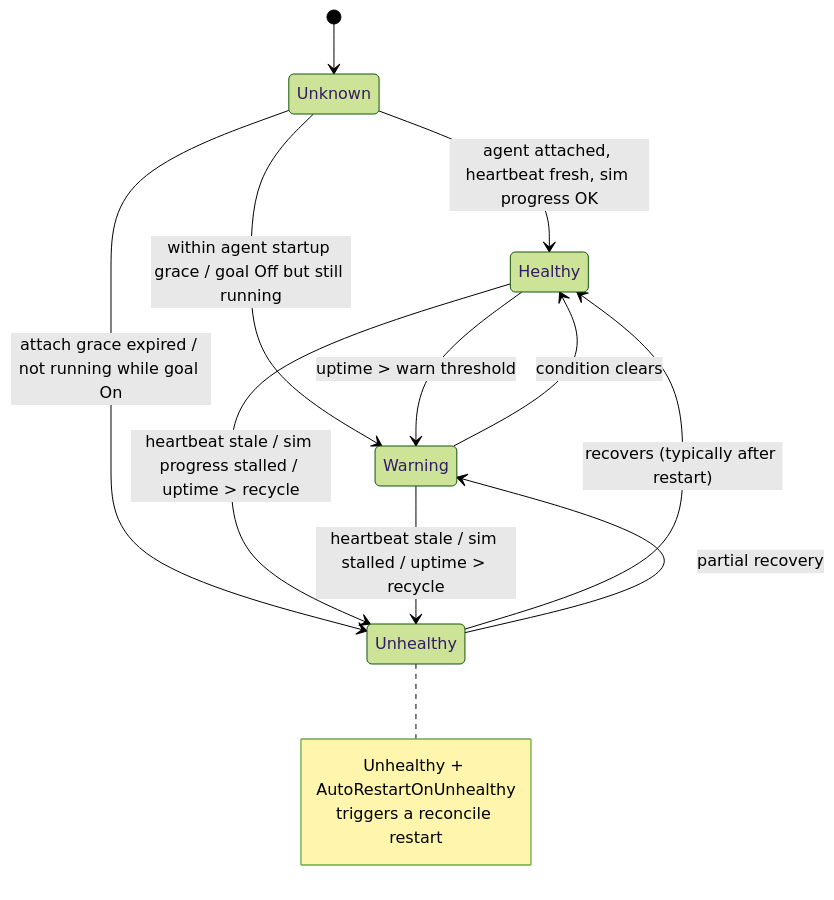
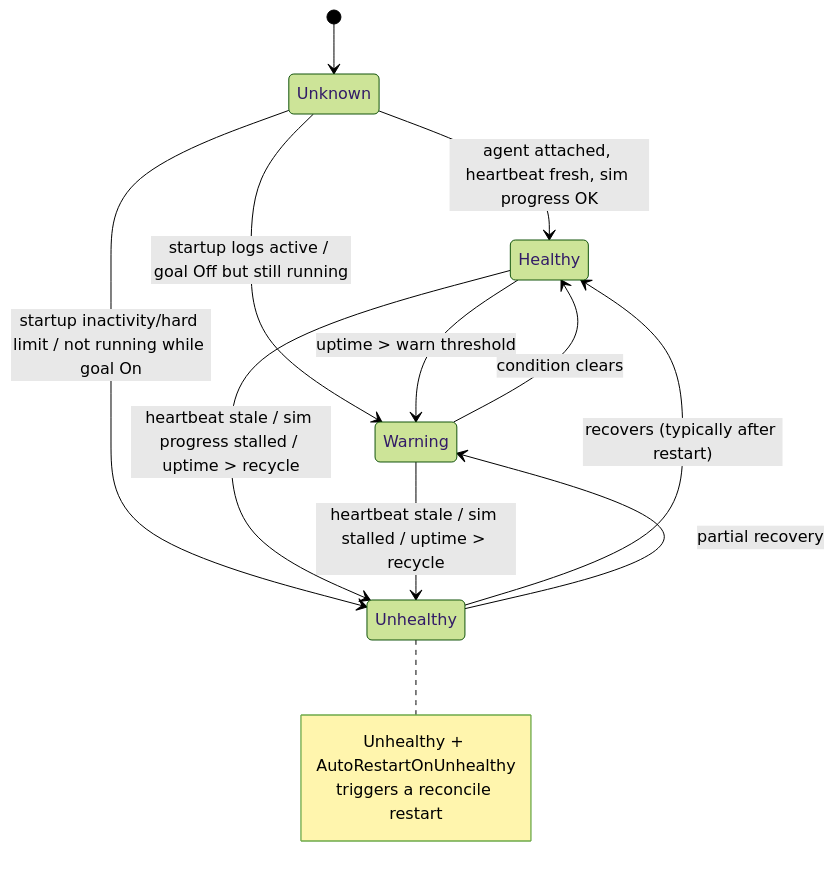
The diagram in Docs/StateMachines/diagrams/ds-health-state.mmd (CometWorks/quasar), drawn with Mermaid (forest theme) before and after one commit. The commit also changed 13 other files, not shown here.

First line of the commit message:
feat(health): add activity-aware agent startup timeouts (#157)

```diff
--- a/Docs/StateMachines/diagrams/ds-health-state.mmd
+++ b/Docs/StateMachines/diagrams/ds-health-state.mmd
@@ -1,15 +1,15 @@
 stateDiagram-v2
     [*] --> Unknown
     Unknown --> Healthy: agent attached, heartbeat fresh, sim progress OK
-    Unknown --> Warning: within agent startup grace / goal Off but still running
-    Unknown --> Unhealthy: attach grace expired / not running while goal On
+    Unknown --> Warning: startup logs active / goal Off but still running
+    Unknown --> Unhealthy: startup inactivity/hard limit / not running while goal On
     Healthy --> Warning: uptime > warn threshold
     Healthy --> Unhealthy: heartbeat stale / sim progress stalled / uptime > recycle
     Warning --> Healthy: condition clears
     Warning --> Unhealthy: heartbeat stale / sim stalled / uptime > recycle
     Unhealthy --> Healthy: recovers (typically after restart)
     Unhealthy --> Warning: partial recovery
     note right of Unhealthy
         Unhealthy + AutoRestartOnUnhealthy
         triggers a reconcile restart
     end note
```
